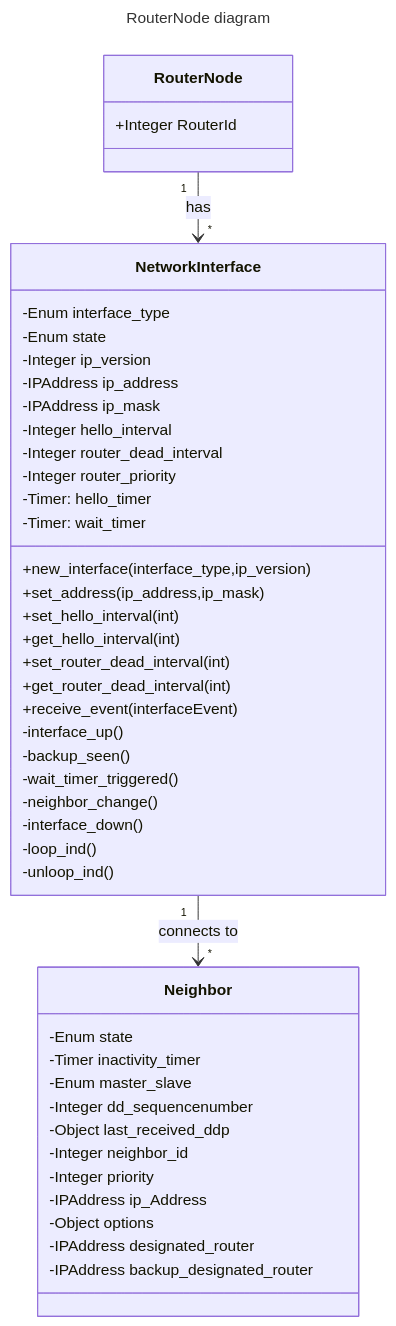
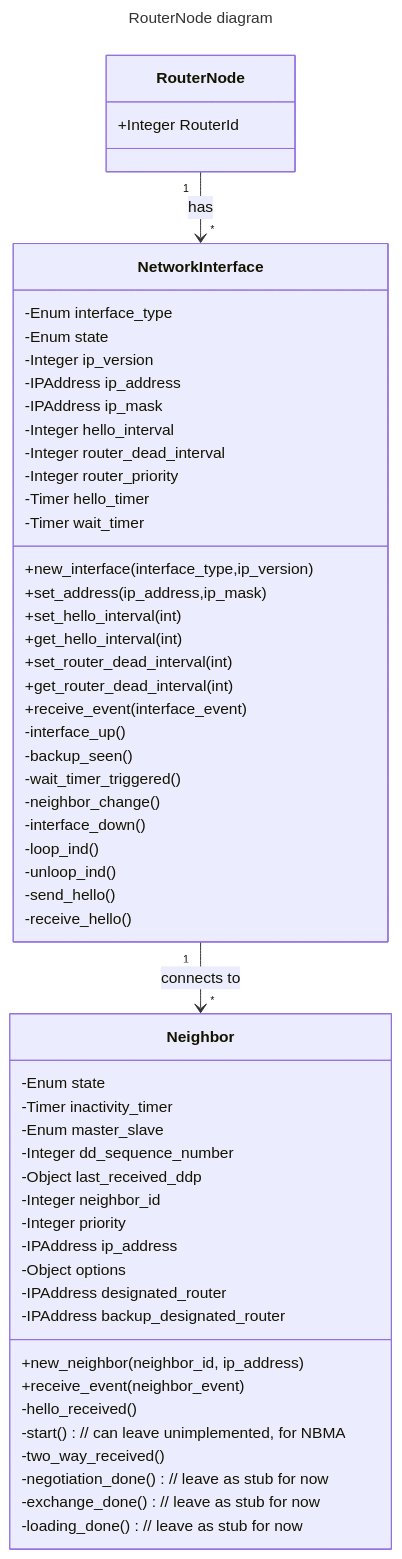
Before and after one commit to aniemela-cloud/uh-ds-g9-project: the diagram in Documentation/Graphs/ClassDiagram.md, drawn with Mermaid.

Commit message:
Added a few methods for the Neighbor class in ClassDiagram.md
Added a basic constructor signature and event handler mentions to the Neighbor class. Fixed a typo or two.

````diff
--- a/Documentation/Graphs/ClassDiagram.md
+++ b/Documentation/Graphs/ClassDiagram.md
@@ -3,51 +3,61 @@
 ```mermaid
 ---
 title: RouterNode diagram
 ---
 classDiagram
   class RouterNode {
     +Integer RouterId
   }
   class NetworkInterface {
     -Enum interface_type
     -Enum state
     -Integer ip_version
     -IPAddress ip_address
     -IPAddress ip_mask
     -Integer hello_interval
     -Integer router_dead_interval
     -Integer router_priority
-    -Timer: hello_timer
-    -Timer: wait_timer
+    -Timer hello_timer
+    -Timer wait_timer
     +new_interface(interface_type,ip_version)
     +set_address(ip_address,ip_mask)
     +set_hello_interval(int)
     +get_hello_interval(int)
     +set_router_dead_interval(int)
     +get_router_dead_interval(int)
-    +receive_event(interfaceEvent)
+    +receive_event(interface_event)
     -interface_up()
     -backup_seen()
     -wait_timer_triggered()
     -neighbor_change()
     -interface_down()
     -loop_ind()
     -unloop_ind()
+    -send_hello()
+    -receive_hello()
   }
   class Neighbor {
     -Enum state
     -Timer inactivity_timer
     -Enum master_slave
-    -Integer dd_sequencenumber
+    -Integer dd_sequence_number
     -Object last_received_ddp
     -Integer neighbor_id
     -Integer priority
-    -IPAddress ip_Address
+    -IPAddress ip_address
     -Object options
     -IPAddress designated_router
     -IPAddress backup_designated_router
+    +new_neighbor(neighbor_id, ip_address)
+    +receive_event(neighbor_event)
+    -hello_received()
+    -start() // can leave unimplemented, for NBMA
+    -two_way_received()
+    -negotiation_done() // leave as stub for now
+    -exchange_done() // leave as stub for now
+    -loading_done() // leave as stub for now
   }
   RouterNode "1" --> "*" NetworkInterface : has
   NetworkInterface "1" --> "*" Neighbor : connects to
 
 ```
````
